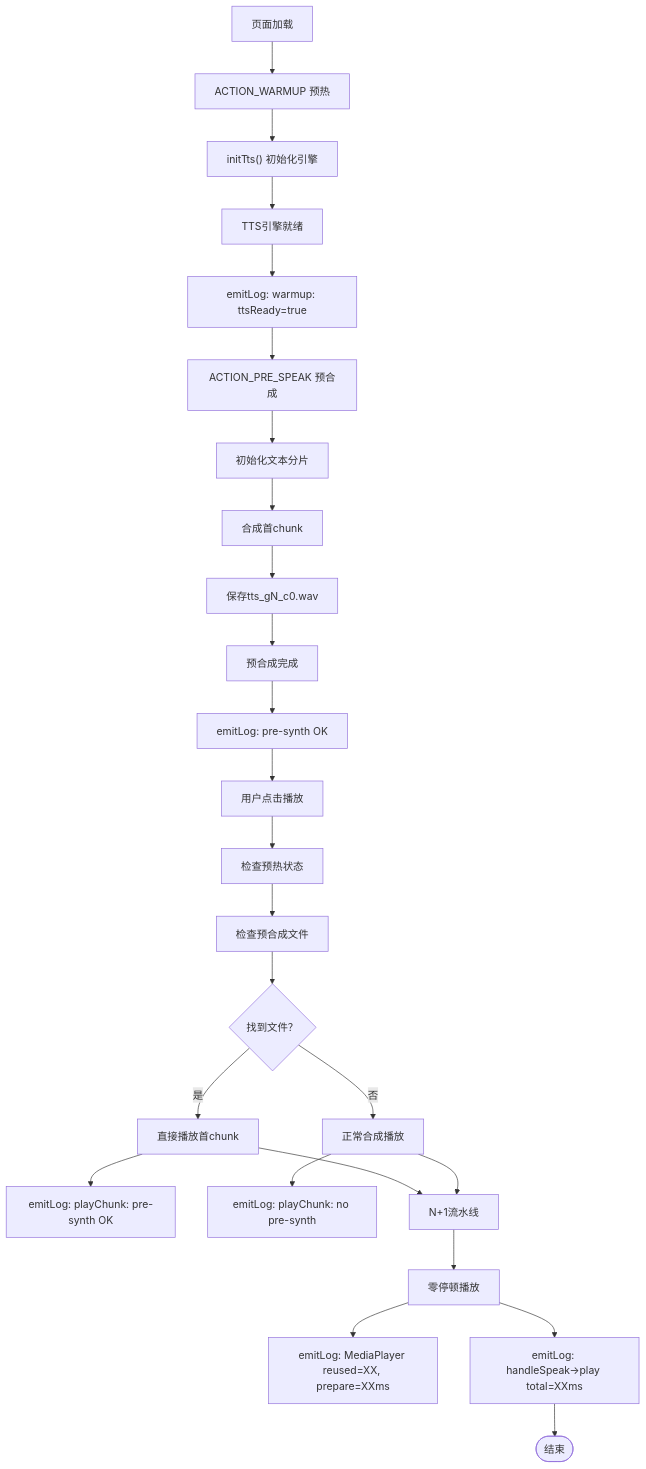
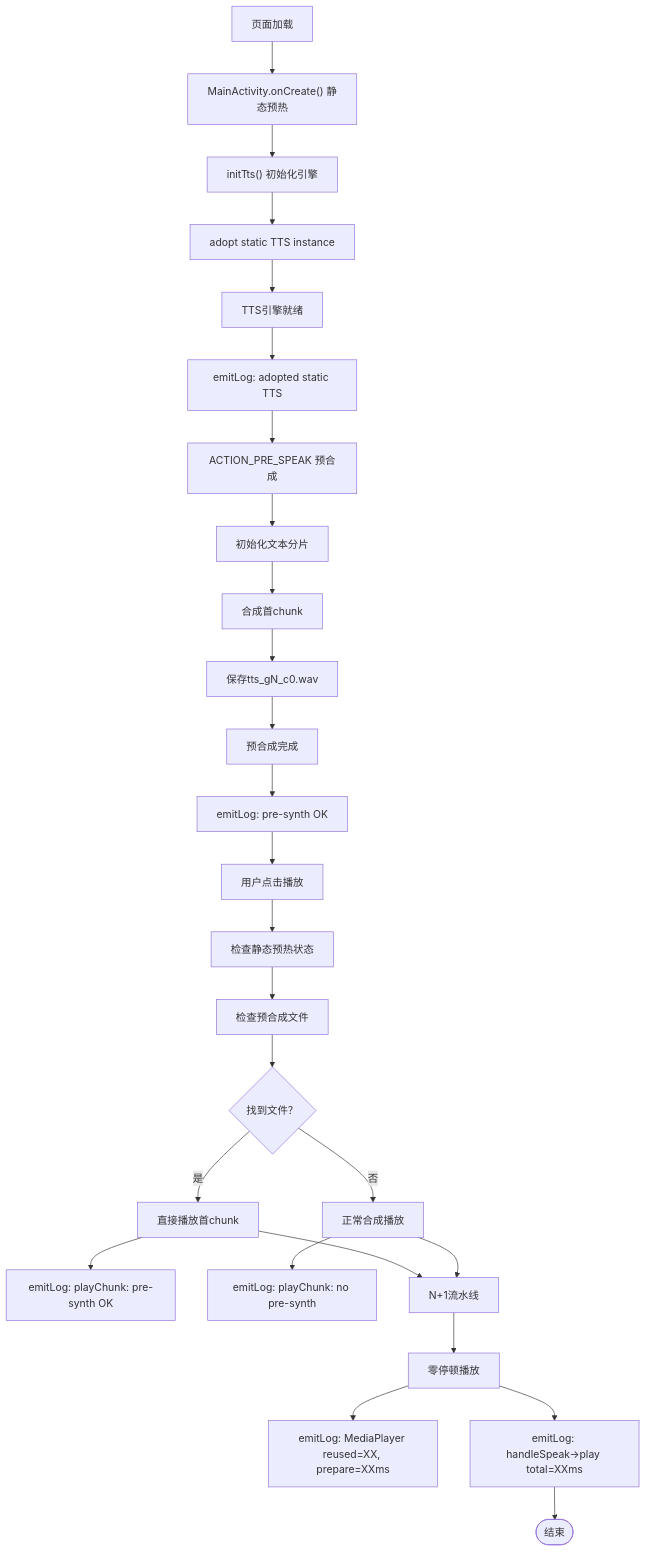
One commit to zhao-zg/cx changed the eighth of 11 diagrams in .qoder/repowiki/zh/content/移动应用开发/移动应用开发.md. Above: the diagram before and after it, drawn with Mermaid. The commit also changed other lines of this file and 30 other files, not shown here.

````diff
--- a/.qoder/repowiki/zh/content/移动应用开发/移动应用开发.md
+++ b/.qoder/repowiki/zh/content/移动应用开发/移动应用开发.md
@@ -433,27 +440,28 @@
 ```mermaid
 flowchart TD
-PageLoad["页面加载"] --> Warmup["ACTION_WARMUP 预热"]
-Warmup --> InitTts["initTts() 初始化引擎"]
-InitTts --> Ready["TTS引擎就绪"]
-Ready --> PerfLog1["emitLog: warmup: ttsReady=true"]
+PageLoad["页面加载"] --> StaticPrewarm["MainActivity.onCreate() 静态预热"]
+StaticPrewarm --> InitTts["initTts() 初始化引擎"]
+InitTts --> AdoptStatic["adopt static TTS instance"]
+AdoptStatic --> Ready["TTS引擎就绪"]
+Ready --> PerfLog1["emitLog: adopted static TTS"]
 PerfLog1 --> PreSynth["ACTION_PRE_SPEAK 预合成"]
 PreSynth --> InitChunks["初始化文本分片"]
 InitChunks --> SynthesizeFirst["合成首chunk"]
 SynthesizeFirst --> SaveFile["保存tts_gN_c0.wav"]
 SaveFile --> Ready2["预合成完成"]
 Ready2 --> PerfLog2["emitLog: pre-synth OK"]
 PerfLog2 --> UserClick["用户点击播放"]
-UserClick --> CheckWarmup["检查预热状态"]
+UserClick --> CheckWarmup["检查静态预热状态"]
 CheckWarmup --> CheckPreSynth["检查预合成文件"]
 CheckPreSynth --> HasFile{"找到文件？"}
 HasFile --> |是| DirectPlay["直接播放首chunk"]
 HasFile --> |否| NormalSynth["正常合成播放"]
 DirectPlay --> PerfLog3["emitLog: playChunk: pre-synth OK"]
 NormalSynth --> PerfLog4["emitLog: playChunk: no pre-synth"]
 DirectPlay --> Pipeline["N+1流水线"]
 NormalSynth --> Pipeline
 Pipeline --> ZeroDelay["零停顿播放"]
 ZeroDelay --> PerfLog5["emitLog: MediaPlayer reused=XX, prepare=XXms"]
 ZeroDelay --> TotalTime["emitLog: handleSpeak→play total=XXms"]
 TotalTime --> End(["结束"])
 ```
````
